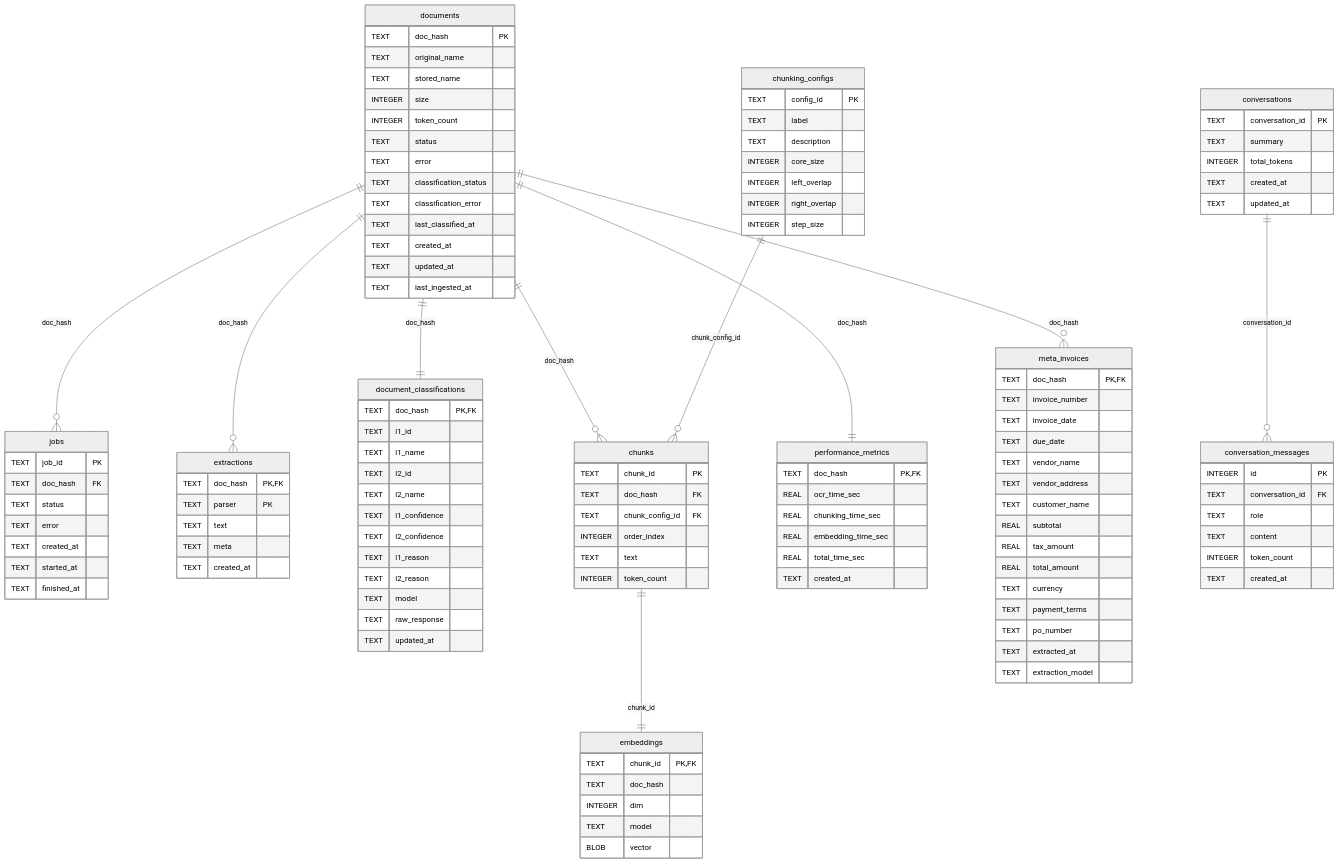
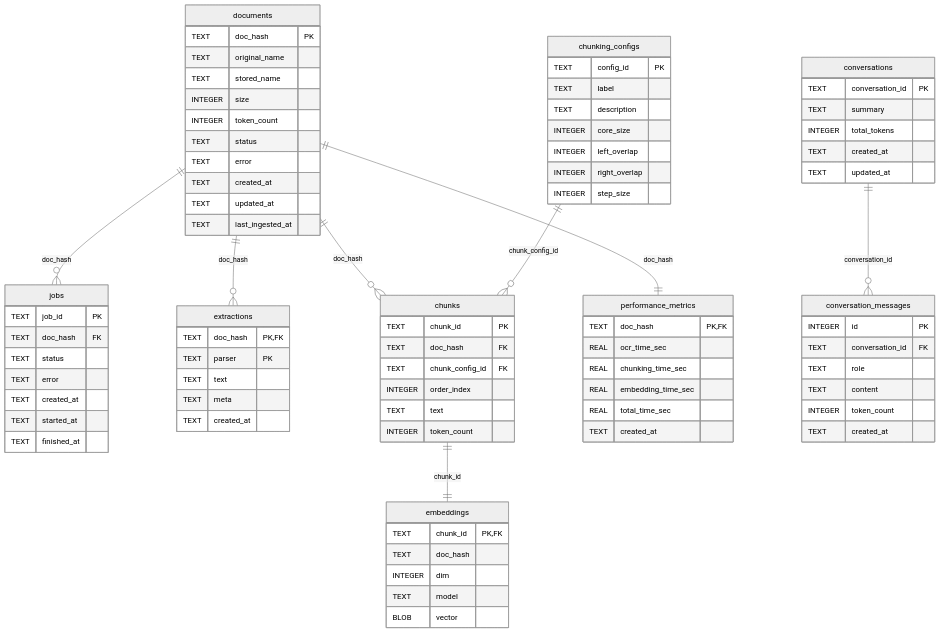
Before and after one commit to nobody-qwert/doc-chat: the diagram in docs/architecture/database_tables.md, drawn with Mermaid (neutral theme). The commit also changed other lines of this file and 20 other files, not shown here.

````diff
--- a/docs/architecture/database_tables.md
+++ b/docs/architecture/database_tables.md
@@ -16,9 +16,6 @@
         INTEGER token_count
         TEXT status
         TEXT error
-        TEXT classification_status
-        TEXT classification_error
-        TEXT last_classified_at
         TEXT created_at
         TEXT updated_at
         TEXT last_ingested_at
@@ -38,20 +35,6 @@
         TEXT text
         TEXT meta
         TEXT created_at
-    }
-    document_classifications {
-        TEXT doc_hash PK,FK
-        TEXT l1_id
-        TEXT l1_name
-        TEXT l2_id
-        TEXT l2_name
-        TEXT l1_confidence
-        TEXT l2_confidence
-        TEXT l1_reason
-        TEXT l2_reason
-        TEXT model
-        TEXT raw_response
-        TEXT updated_at
     }
     chunks {
         TEXT chunk_id PK
@@ -85,23 +68,6 @@
         REAL total_time_sec
         TEXT created_at
     }
-    meta_invoices {
-        TEXT doc_hash PK,FK
-        TEXT invoice_number
-        TEXT invoice_date
-        TEXT due_date
-        TEXT vendor_name
-        TEXT vendor_address
-        TEXT customer_name
-        REAL subtotal
-        REAL tax_amount
-        REAL total_amount
-        TEXT currency
-        TEXT payment_terms
-        TEXT po_number
-        TEXT extracted_at
-        TEXT extraction_model
-    }
     conversations {
         TEXT conversation_id PK
         TEXT summary
@@ -120,11 +86,9 @@
 
     documents ||--o{ jobs : "doc_hash"
     documents ||--o{ extractions : "doc_hash"
-    documents ||--|| document_classifications : "doc_hash"
     documents ||--o{ chunks : "doc_hash"
     chunking_configs ||--o{ chunks : "chunk_config_id"
     documents ||--|| performance_metrics : "doc_hash"
     chunks ||--|| embeddings : "chunk_id"
-    documents ||--o{ meta_invoices : "doc_hash"
     conversations ||--o{ conversation_messages : "conversation_id"
 ```
````
